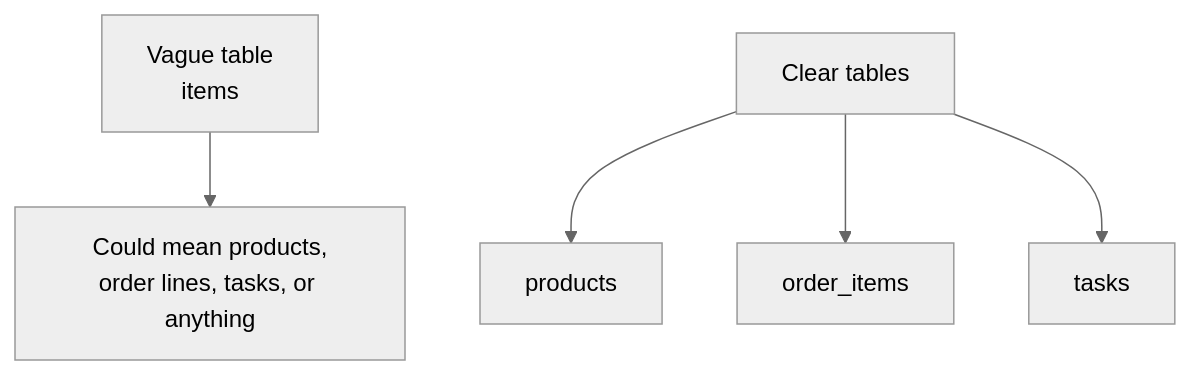
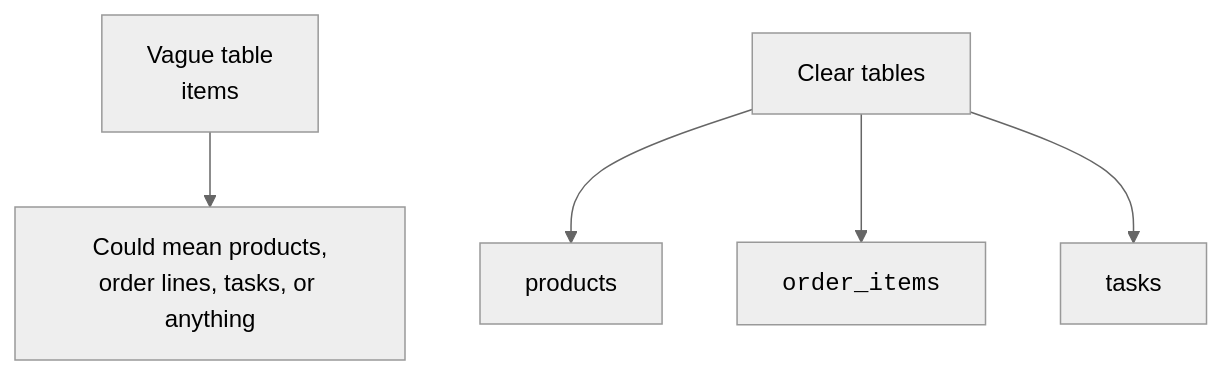
One commit to dataslope/dataslope changed the fourth of 4 diagrams in content/learn/database-design-postgresql/thinking-in-entities.mdx. Above: the diagram before and after it, drawn with Mermaid (neutral theme). The commit also changed other lines of this file and 218 other files, not shown here.

First line of the commit message:
Render code-only mermaid shapes in monospace; convert step sequences to Steps (#467)

````diff
--- a/content/learn/database-design-postgresql/thinking-in-entities.mdx
+++ b/content/learn/database-design-postgresql/thinking-in-entities.mdx
@@ -171,7 +171,7 @@
 ```mermaid
 flowchart TB
     Bad["Vague table<br/>items"] --> Problem["Could mean products,<br/>order lines, tasks, or anything"]
     Good["Clear tables"] --> A["products"]
-    Good --> B["order_items"]
+    Good --> B["<code>order_items</code>"]
     Good --> C["tasks"]
 ```
````
